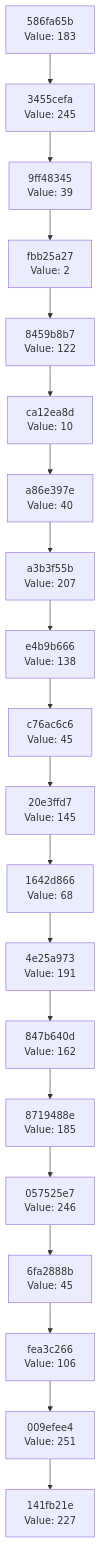
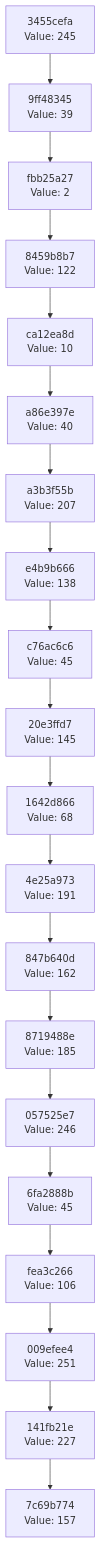
Before and after one commit to Abhisheksinha1506/hash-chain-evolver: the diagram in docs/CHAIN_VISUALIZATION.md, drawn with Mermaid. The commit also changed 1 other file, not shown here.

Commit message:
Evolution Step

````diff
--- a/docs/CHAIN_VISUALIZATION.md
+++ b/docs/CHAIN_VISUALIZATION.md
@@ -3,42 +3,42 @@
 ```mermaid
 graph TD
-    C0["141fb21e<br/>Value: 227"]
-    C1["009efee4<br/>Value: 251"]
+    C0["7c69b774<br/>Value: 157"]
+    C1["141fb21e<br/>Value: 227"]
     C1 --> C0
-    C2["fea3c266<br/>Value: 106"]
+    C2["009efee4<br/>Value: 251"]
     C2 --> C1
-    C3["6fa2888b<br/>Value: 45"]
+    C3["fea3c266<br/>Value: 106"]
     C3 --> C2
-    C4["057525e7<br/>Value: 246"]
+    C4["6fa2888b<br/>Value: 45"]
     C4 --> C3
-    C5["8719488e<br/>Value: 185"]
+    C5["057525e7<br/>Value: 246"]
     C5 --> C4
-    C6["847b640d<br/>Value: 162"]
+    C6["8719488e<br/>Value: 185"]
     C6 --> C5
-    C7["4e25a973<br/>Value: 191"]
+    C7["847b640d<br/>Value: 162"]
     C7 --> C6
-    C8["1642d866<br/>Value: 68"]
+    C8["4e25a973<br/>Value: 191"]
     C8 --> C7
-    C9["20e3ffd7<br/>Value: 145"]
+    C9["1642d866<br/>Value: 68"]
     C9 --> C8
-    C10["c76ac6c6<br/>Value: 45"]
+    C10["20e3ffd7<br/>Value: 145"]
     C10 --> C9
-    C11["e4b9b666<br/>Value: 138"]
+    C11["c76ac6c6<br/>Value: 45"]
     C11 --> C10
-    C12["a3b3f55b<br/>Value: 207"]
+    C12["e4b9b666<br/>Value: 138"]
     C12 --> C11
-    C13["a86e397e<br/>Value: 40"]
+    C13["a3b3f55b<br/>Value: 207"]
     C13 --> C12
-    C14["ca12ea8d<br/>Value: 10"]
+    C14["a86e397e<br/>Value: 40"]
     C14 --> C13
-    C15["8459b8b7<br/>Value: 122"]
+    C15["ca12ea8d<br/>Value: 10"]
     C15 --> C14
-    C16["fbb25a27<br/>Value: 2"]
+    C16["8459b8b7<br/>Value: 122"]
     C16 --> C15
-    C17["9ff48345<br/>Value: 39"]
+    C17["fbb25a27<br/>Value: 2"]
     C17 --> C16
-    C18["3455cefa<br/>Value: 245"]
+    C18["9ff48345<br/>Value: 39"]
     C18 --> C17
-    C19["586fa65b<br/>Value: 183"]
+    C19["3455cefa<br/>Value: 245"]
     C19 --> C18
 ```
````
